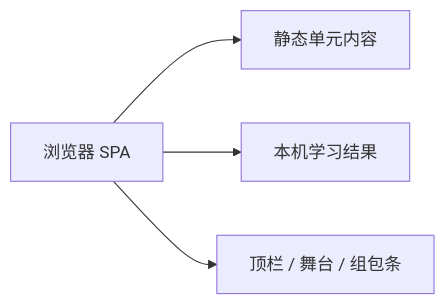
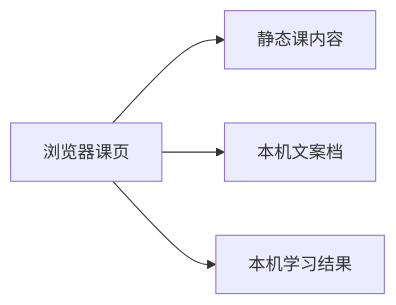
The second of 2 diagrams in docs/2026-10-18-http-course-from-scratch/技术规格.md (Izelzzz/interactive-tech-learning), drawn with Mermaid before and after one commit. The commit also changed other lines of this file, not shown here.

````diff
--- a/docs/2026-10-18-http-course-from-scratch/技术规格.md
+++ b/docs/2026-10-18-http-course-from-scratch/技术规格.md
@@ -37,6 +34,6 @@
 ```mermaid
 flowchart LR
-  Browser[浏览器 SPA] --> Content[静态单元内容]
-  Browser --> Store[本机学习结果]
-  Browser --> UI[顶栏 / 舞台 / 组包条]
+  Page[浏览器课页] --> Content[静态课内容]
+  Page --> Pref[本机文案档]
+  Page --> Result[本机学习结果]
 ```
````
